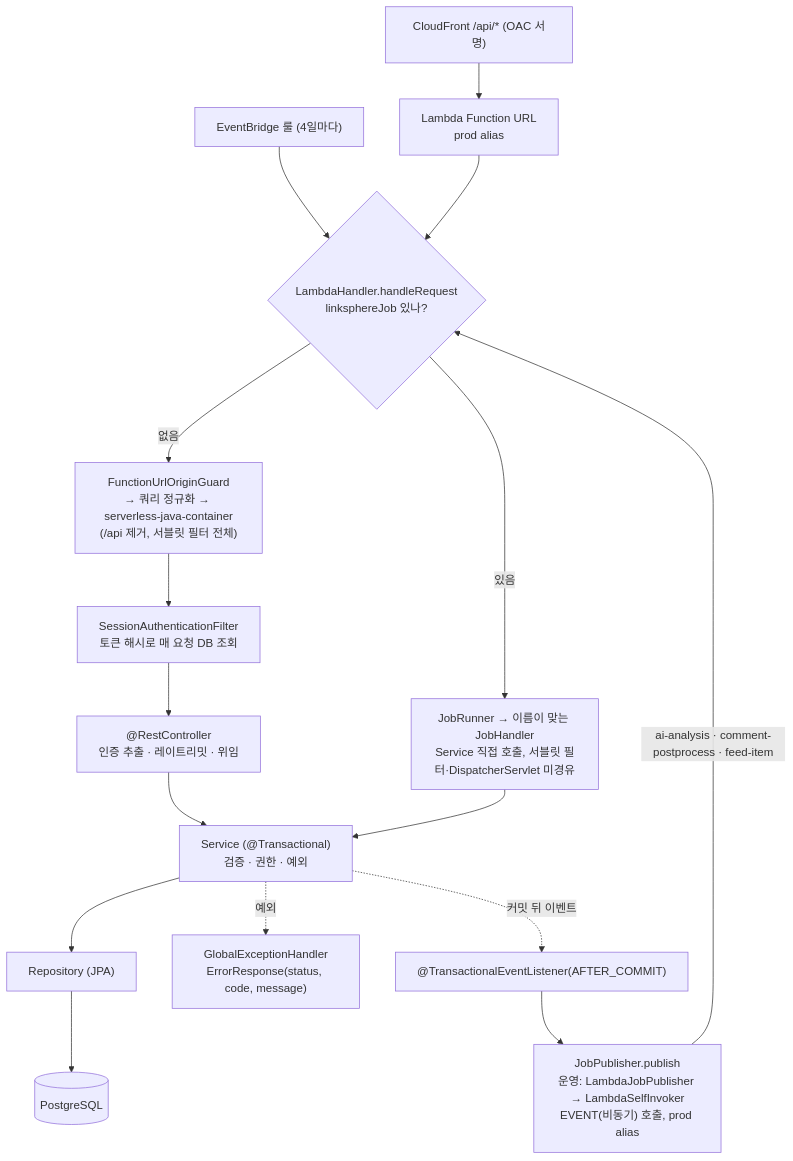
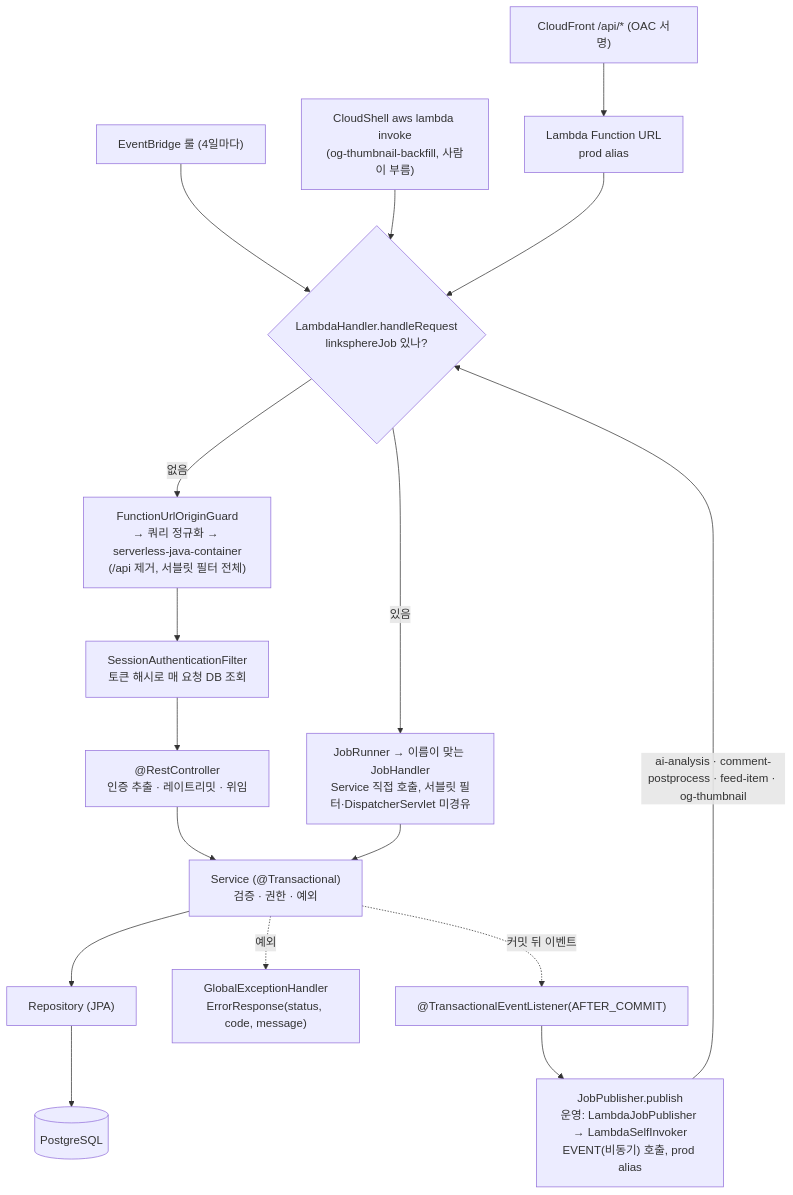
The first of 4 diagrams in docs/BE-ARCHITECTURE.md (BAECHAN/link-sphere_BE_NEW), drawn with Mermaid before and after one commit. The commit also changed other lines of this file and 40 other files, not shown here.

````diff
--- a/docs/BE-ARCHITECTURE.md
+++ b/docs/BE-ARCHITECTURE.md
@@ -25,17 +25,18 @@
 ```mermaid
 flowchart TD
   CF["CloudFront /api/* (OAC 서명)"] --> URL["Lambda Function URL<br/>prod alias"]
   EB["EventBridge 룰 (4일마다)"] --> H
+  CS["CloudShell aws lambda invoke<br/>(og-thumbnail-backfill, 사람이 부름)"] --> H
   URL --> H{"LambdaHandler.handleRequest<br/>linksphereJob 있나?"}
   H -->|"있음"| JOB["JobRunner → 이름이 맞는 JobHandler<br/>Service 직접 호출, 서블릿 필터·DispatcherServlet 미경유"]
   H -->|"없음"| G["FunctionUrlOriginGuard<br/>→ 쿼리 정규화 → serverless-java-container<br/>(/api 제거, 서블릿 필터 전체)"]
   G --> F["SessionAuthenticationFilter<br/>토큰 해시로 매 요청 DB 조회"]
   F --> C["@RestController<br/>인증 추출 · 레이트리밋 · 위임"]
   C --> S["Service (@Transactional)<br/>검증 · 권한 · 예외"]
   S --> R["Repository (JPA)"] --> DB[("PostgreSQL")]
   S -.->|"예외"| EH["GlobalExceptionHandler<br/>ErrorResponse(status, code, message)"]
   S -.->|"커밋 뒤 이벤트"| AC["@TransactionalEventListener(AFTER_COMMIT)"]
   AC --> D["JobPublisher.publish<br/>운영: LambdaJobPublisher → LambdaSelfInvoker<br/>EVENT(비동기) 호출, prod alias"]
-  D -->|"ai-analysis · comment-postprocess · feed-item"| H
+  D -->|"ai-analysis · comment-postprocess · feed-item · og-thumbnail"| H
   JOB --> S
 ```
````
